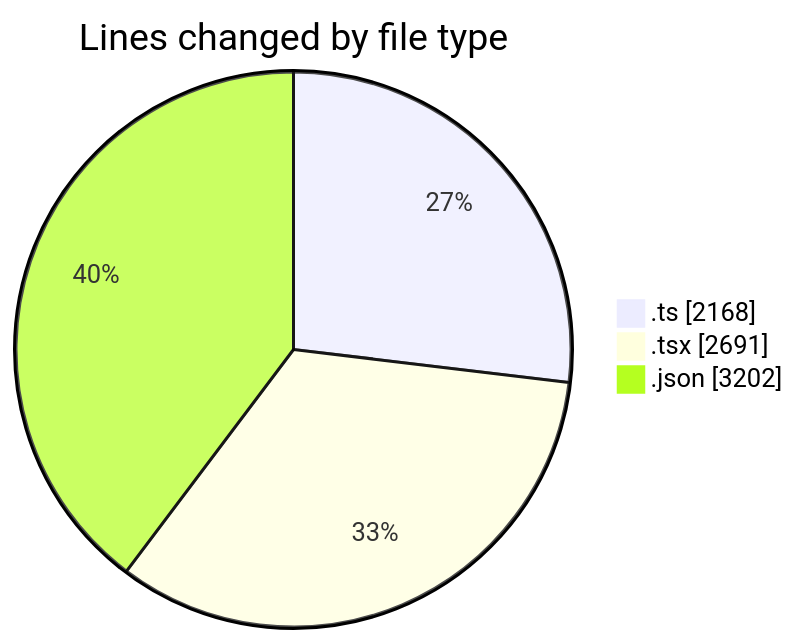
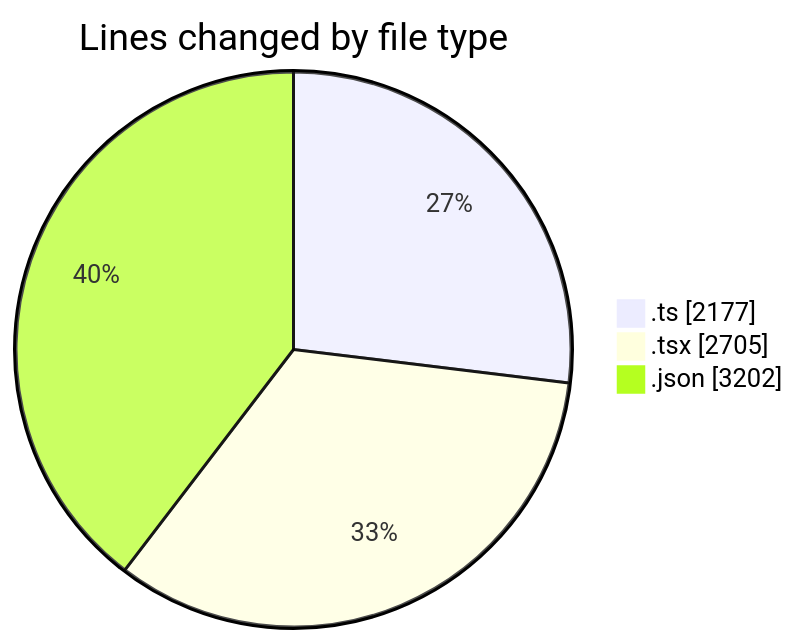
Before and after one commit to julien-gomy/code-tracking: the first of 2 diagrams in 2025-10-23/eventscop-frontend-guide__workspace_/README.md, drawn with Mermaid. The commit also changed other lines of this file and 1 other file, not shown here.

````diff
--- a/2025-10-23/eventscop-frontend-guide__workspace_/README.md
+++ b/2025-10-23/eventscop-frontend-guide__workspace_/README.md
@@ -40,7 +40,7 @@
 ```mermaid
 pie showData
 title Lines changed by file type
-".ts" : 2168
-".tsx" : 2691
+".ts" : 2177
+".tsx" : 2705
 ".json" : 3202
 ```
````
